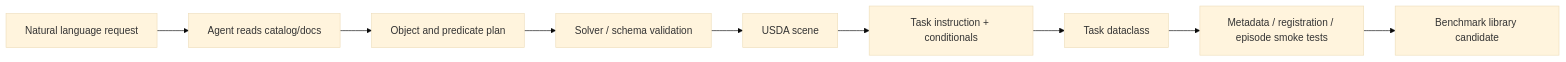
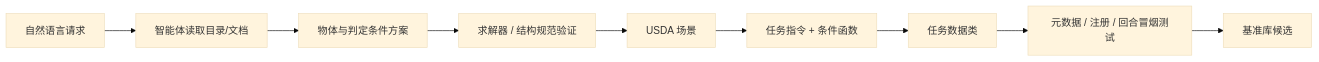
The diagram in wiki/concepts/AgenticSceneTaskGeneration.md (niuverse/llm-wiki), drawn with Mermaid (base theme) before and after one commit. The commit also changed other lines of this file and 123 other files, not shown here.

````diff
--- a/wiki/concepts/AgenticSceneTaskGeneration.md
+++ b/wiki/concepts/AgenticSceneTaskGeneration.md
@@ -35,11 +35,11 @@
 ```mermaid
 flowchart LR
-  U[Natural language request] --> A[Agent reads catalog/docs]
-  A --> B[Object and predicate plan]
-  B --> C[Solver / schema validation]
-  C --> D[USDA scene]
-  D --> E[Task instruction + conditionals]
-  E --> F[Task dataclass]
-  F --> G[Metadata / registration / episode smoke tests]
-  G --> H[Benchmark library candidate]
+  U[自然语言请求] --> A[智能体读取目录/文档]
+  A --> B[物体与判定条件方案]
+  B --> C[求解器 / 结构规范验证]
+  C --> D[USDA 场景]
+  D --> E[任务指令 + 条件函数]
+  E --> F[任务数据类]
+  F --> G[元数据 / 注册 / 回合冒烟测试]
+  G --> H[基准库候选]
 ```
````
